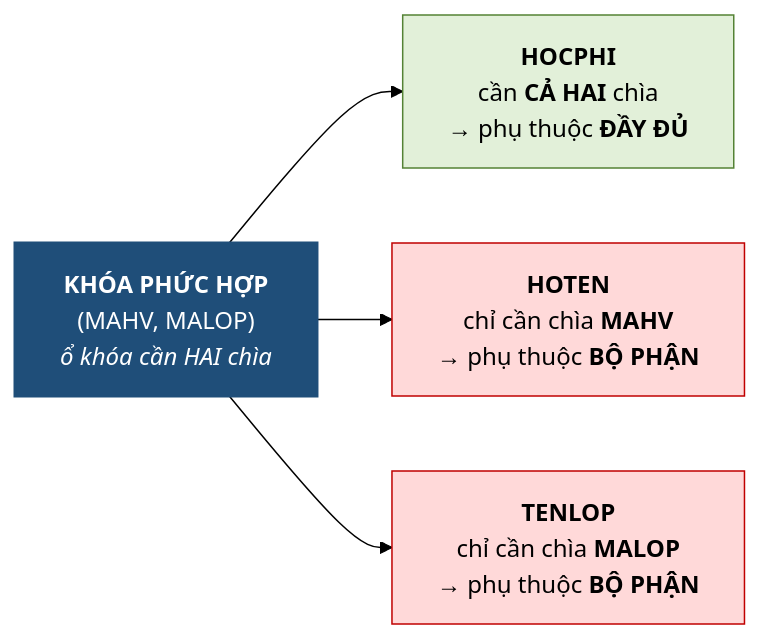
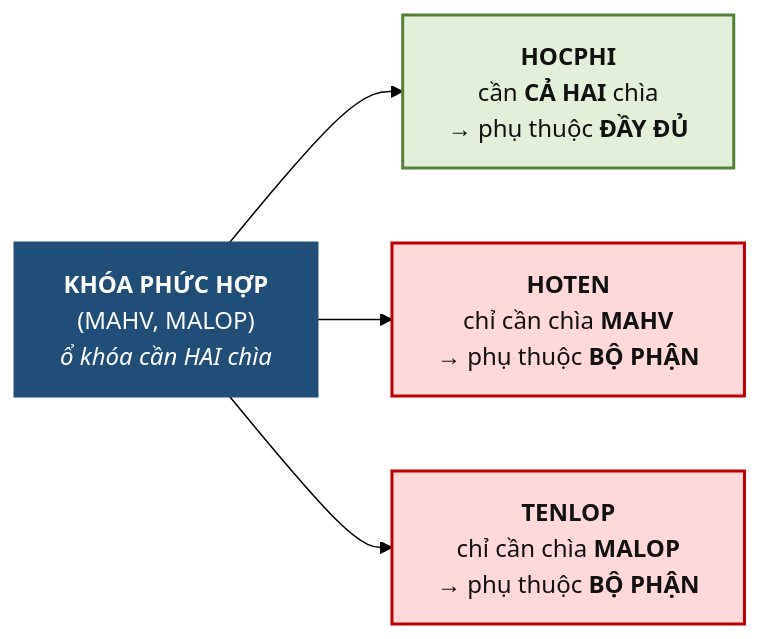
The first of 2 diagrams in docs/chuong-5/5-2-ba-loai-phu-thuoc-ham.md (CuongNguyenDAU/csdl-dbs201), drawn with Mermaid (forest theme) before and after one commit. The commit also changed other lines of this file and 123 other files, not shown here.

Commit message:
Cập nhật bài giảng v7: sơ đồ ER ký pháp Chen, hình minh họa tự vẽ, mở rộng toàn diện Chương 5 và bổ sung lời giải A4, B5

````diff
--- a/docs/chuong-5/5-2-ba-loai-phu-thuoc-ham.md
+++ b/docs/chuong-5/5-2-ba-loai-phu-thuoc-ham.md
@@ -51,11 +47,11 @@
 ```mermaid
 flowchart LR
     K["<b>KHÓA PHỨC HỢP</b><br/>(MAHV, MALOP)<br/><i>ổ khóa cần HAI chìa</i>"]
     K --> OK["<b>HOCPHI</b><br/>cần <b>CẢ HAI</b> chìa<br/>→ phụ thuộc <b>ĐẦY ĐỦ</b>"]
     K --> BAD1["<b>HOTEN</b><br/>chỉ cần chìa <b>MAHV</b><br/>→ phụ thuộc <b>BỘ PHẬN</b>"]
     K --> BAD2["<b>TENLOP</b><br/>chỉ cần chìa <b>MALOP</b><br/>→ phụ thuộc <b>BỘ PHẬN</b>"]
-    style K fill:#1F4E79,color:#fff,stroke:#1F4E79,stroke-width:2px
-    style OK fill:#E2F0D9,stroke:#548235
-    style BAD1 fill:#FFD9D9,stroke:#C00000
-    style BAD2 fill:#FFD9D9,stroke:#C00000
+    style K fill:#1F4E79,color:#ffffff,stroke:#1F4E79,stroke-width:2px
+    style OK fill:#E2F0D9,color:#111111,stroke:#548235,stroke-width:2px
+    style BAD1 fill:#FFD9D9,color:#111111,stroke:#C00000,stroke-width:2px
+    style BAD2 fill:#FFD9D9,color:#111111,stroke:#C00000,stroke-width:2px
 ```
````
